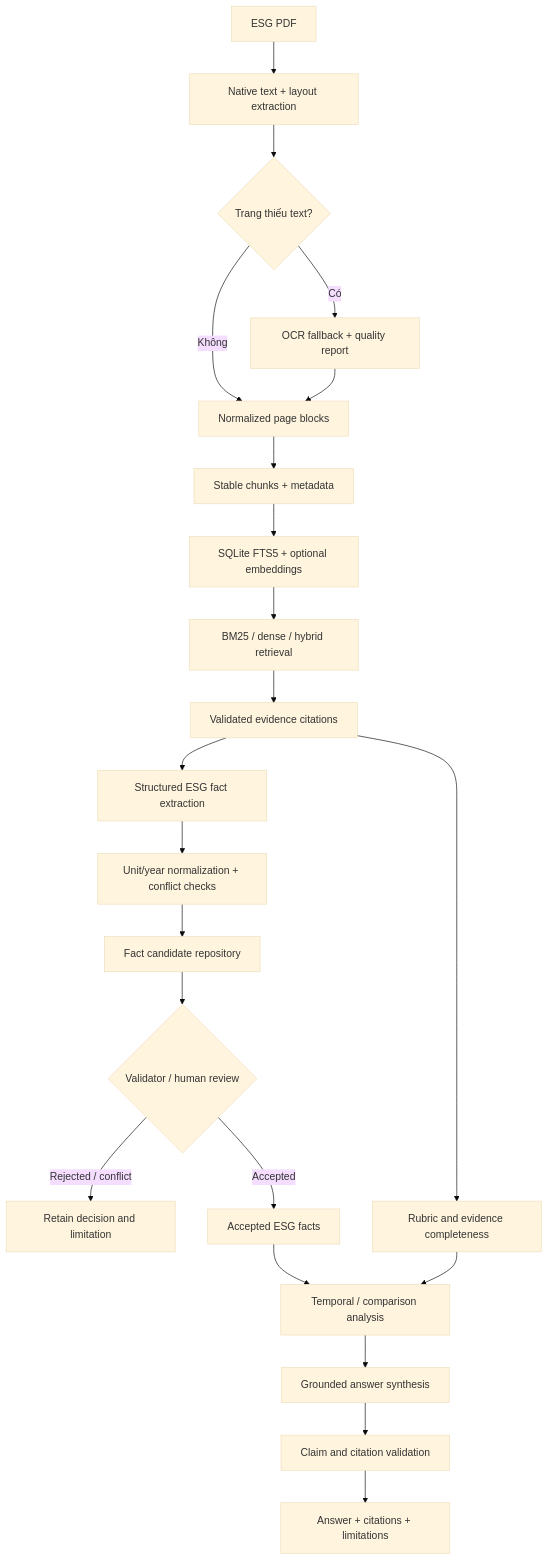
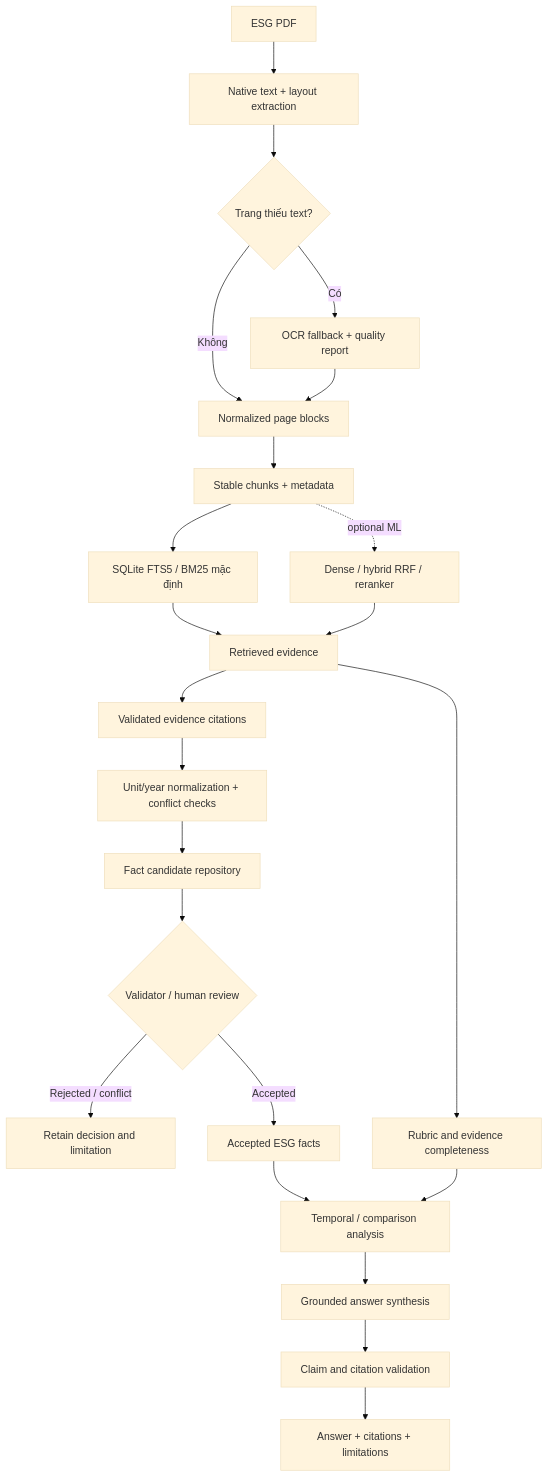
The diagram in README.md (haminhthong/Multi-Agent-ESG-Report-Analyst), drawn with Mermaid (base theme) before and after one commit. The commit also changed other lines of this file and 26 other files, not shown here.

```diff
--- a/README.md
+++ b/README.md
@@ -33,24 +33,25 @@
 ~~~~mermaid
 flowchart TD
     A[ESG PDF] --> B[Native text + layout extraction]
     B --> C{Trang thiếu text?}
     C -->|Có| D[OCR fallback + quality report]
     C -->|Không| E[Normalized page blocks]
     D --> E
     E --> F[Stable chunks + metadata]
-    F --> G[SQLite FTS5 + optional embeddings]
-    G --> H[BM25 / dense / hybrid retrieval]
-    H --> I[Validated evidence citations]
-    I --> J[Structured ESG fact extraction]
+    F --> G[SQLite FTS5 / BM25 mặc định]
+    F -. optional ML .-> H[Dense / hybrid RRF / reranker]
+    G --> I[Retrieved evidence]
+    H --> I
+    I --> J[Validated evidence citations]
     J --> K[Unit/year normalization + conflict checks]
     K --> L[Fact candidate repository]
     L --> M{Validator / human review}
     M -->|Rejected / conflict| N[Retain decision and limitation]
     M -->|Accepted| O[Accepted ESG facts]
     I --> P[Rubric and evidence completeness]
     O --> Q[Temporal / comparison analysis]
     P --> Q
     Q --> R[Grounded answer synthesis]
     R --> S[Claim and citation validation]
     S --> T[Answer + citations + limitations]
 ~~~~
```
